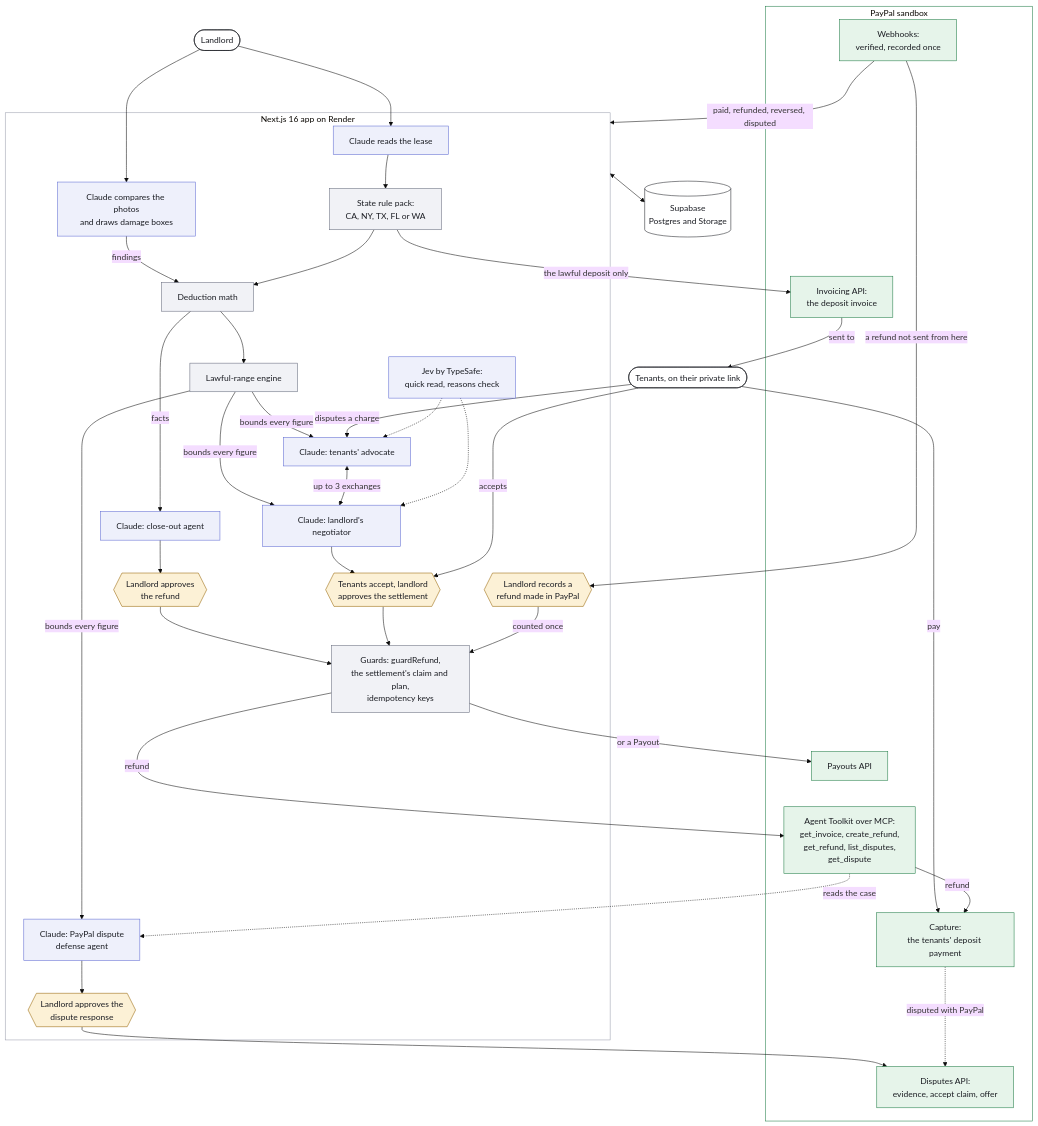
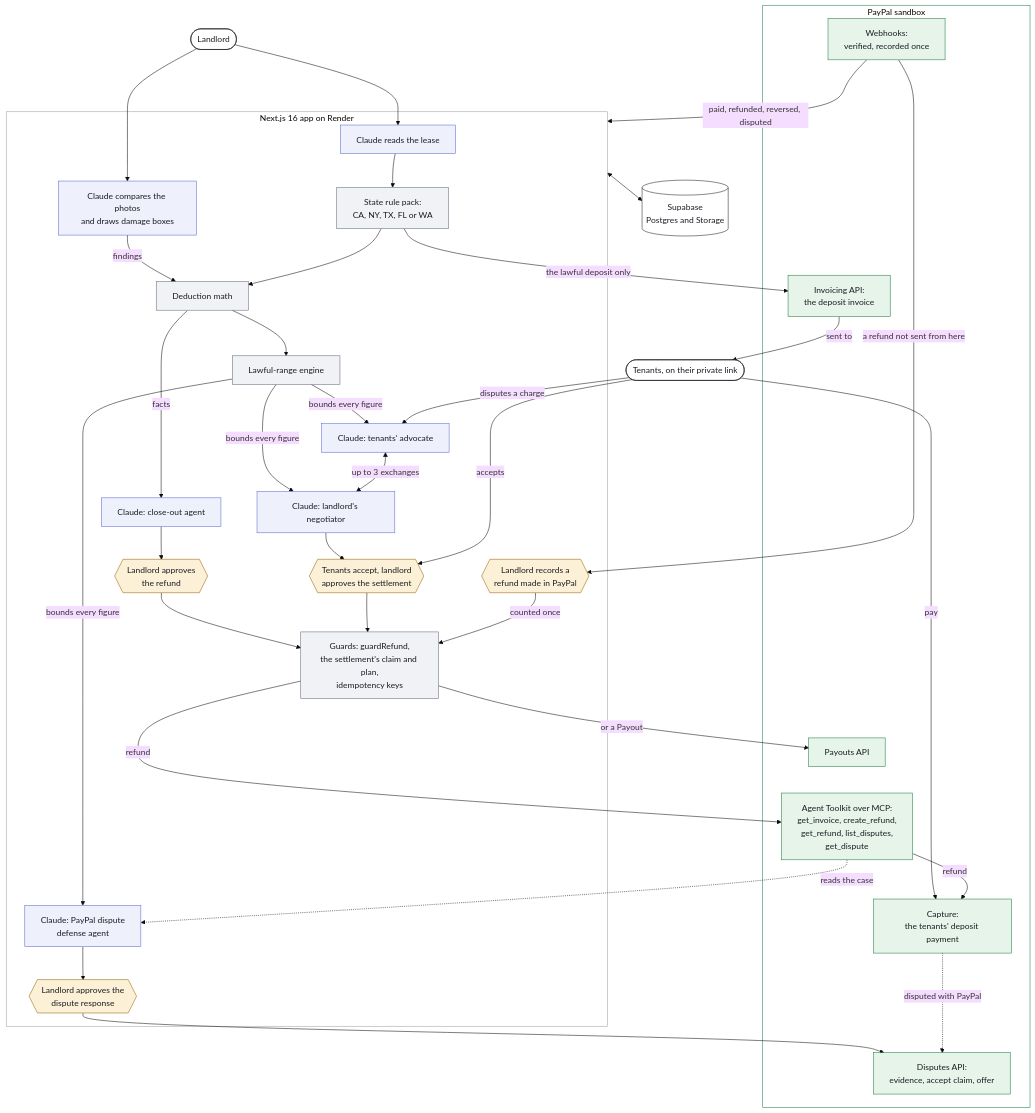
Before and after one commit to andrewleal0412-arch/good-faith: the diagram in README.md, drawn with Mermaid (base theme). The commit also changed other lines of this file and 4 other files, not shown here.

First line of the commit message:
Jev out of the pitch and the diagram

````diff
--- a/README.md
+++ b/README.md
@@ -87,74 +87,72 @@
 ```mermaid
 flowchart TB
   LL(["Landlord"])
   TT(["Tenants, on their private link"])
 
   subgraph APP["Next.js 16 app on Render"]
     EX["Claude reads the lease"]
     PACK["State rule pack:<br/>CA, NY, TX, FL or WA"]
     IN["Claude compares the photos<br/>and draws damage boxes"]
     MATH["Deduction math"]
     CO["Claude: close-out agent"]
     RANGE["Lawful-range engine"]
     ADV["Claude: tenants' advocate"]
     NEG["Claude: landlord's negotiator"]
     DEF["Claude: PayPal dispute<br/>defense agent"]
-    JEV["Jev by TypeSafe:<br/>quick read, reasons check"]
     H1{{"Landlord approves<br/>the refund"}}
     H2{{"Tenants accept, landlord<br/>approves the settlement"}}
     H3{{"Landlord approves the<br/>dispute response"}}
     H4{{"Landlord records a<br/>refund made in PayPal"}}
     GUARD["Guards: guardRefund,<br/>the settlement's claim and plan,<br/>idempotency keys"]
   end
 
   DB[("Supabase<br/>Postgres and Storage")]
 
   subgraph PP["PayPal sandbox"]
     INV["Invoicing API:<br/>the deposit invoice"]
     CAP["Capture:<br/>the tenants' deposit payment"]
     TK["Agent Toolkit over MCP:<br/>get_invoice, create_refund,<br/>get_refund, list_disputes,<br/>get_dispute"]
     PO["Payouts API"]
     DIS["Disputes API:<br/>evidence, accept claim, offer"]
     WH["Webhooks:<br/>verified, recorded once"]
   end
 
   LL --> EX --> PACK
   PACK -->|the lawful deposit only| INV
   INV -->|sent to| TT -->|pay| CAP
   LL --> IN -->|findings| MATH
   PACK --> MATH --> RANGE
   MATH -->|facts| CO
   RANGE -->|bounds every figure| ADV & NEG & DEF
   TT -->|disputes a charge| ADV
   ADV <-->|up to 3 exchanges| NEG
-  JEV -.-> ADV & NEG
   CO --> H1
   NEG --> H2
   TT -->|accepts| H2
   DEF --> H3
   H1 & H2 --> GUARD
   GUARD -->|refund| TK
   GUARD -->|or a Payout| PO
   PO ~~~ TK
   TK -->|refund| CAP
   TK -.->|reads the case| DEF
   H3 --> DIS
   CAP -.->|disputed with PayPal| DIS
   WH -->|paid, refunded, reversed, disputed| APP
   WH -->|a refund not sent from here| H4
   H4 -->|counted once| GUARD
   APP <--> DB
 
   classDef ai fill:#EEF0FB,stroke:#5E6AD2,color:#1B1D23
   classDef code fill:#F1F2F6,stroke:#64697B,color:#1B1D23
   classDef human fill:#FCF1D6,stroke:#946200,color:#1B1D23
   classDef pay fill:#E6F4EA,stroke:#1E7B45,color:#1B1D23
   classDef who fill:#FFFFFF,stroke:#1B1D23,color:#1B1D23
-  class EX,IN,CO,ADV,NEG,DEF,JEV ai
+  class EX,IN,CO,ADV,NEG,DEF ai
   class PACK,MATH,RANGE,GUARD code
   class H1,H2,H3,H4 human
   class INV,CAP,TK,PO,DIS,WH pay
   class LL,TT,DB who
   style APP fill:none,stroke:#9A9EAD
   style PP fill:none,stroke:#1E7B45
 ```
````
